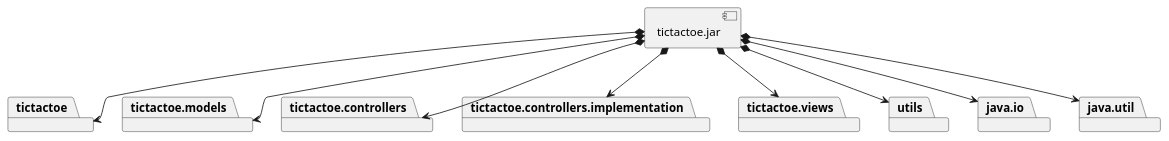
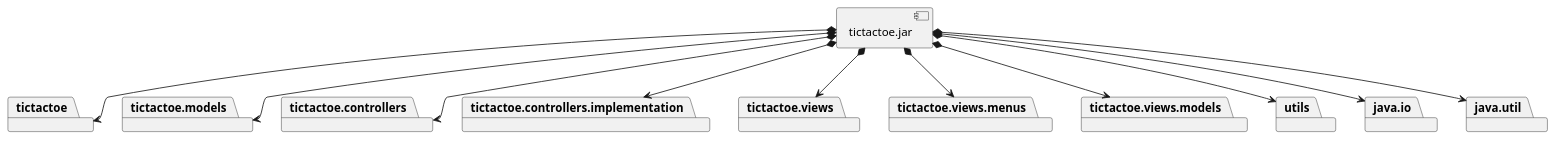
One commit to x-USantaTecla-game-ticTacToe/java changed the third of 6 diagrams in docs/src/docs/asciidoc/index.adoc. Above: the diagram before and after it, drawn with PlantUML. The commit also changed other lines of this file and 123 other files, not shown here.

```diff
--- a/docs/src/docs/asciidoc/index.adoc
+++ b/docs/src/docs/asciidoc/index.adoc
@@ -1166,32 +1381,38 @@
 [plantuml,diagramaImplementacion,svg]
 ....
 
 package "  "  as tictactoe {
 }
 package "  "  as tictactoe.models {
 }
 package "  "  as tictactoe.controllers {
 }
 package "  "  as tictactoe.controllers.implementation {
 }
 package "  "  as tictactoe.views {
+}
+package "  "  as tictactoe.views.menus {
+}
+package "  "  as tictactoe.views.models {
 }
 package "  "  as utils {
 }
 package "  "  as java.io {
 }
 package "  "  as java.util {
 }
 
 [tictactoe.jar] as jar
 
 jar *--> tictactoe
 jar *--> tictactoe.models
 jar *--> tictactoe.controllers
 jar *--> tictactoe.controllers.implementation
 jar *--> tictactoe.views
+jar *--> tictactoe.views.menus
+jar *--> tictactoe.views.models
 jar *--> utils
 jar *--> java.io
 jar *--> java.util
 
 ....
```
